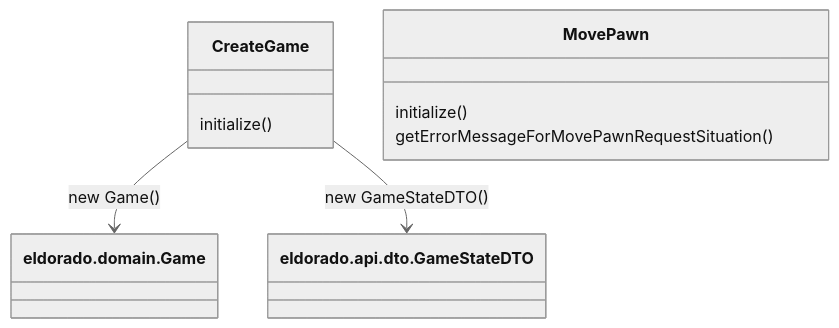
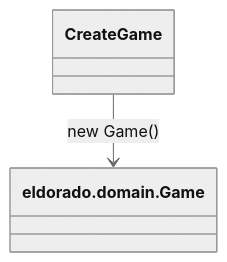
One commit to stijnlinderman/eldorado changed the fifth of 7 diagrams in ARCHITECTURE.md. Above: the diagram before and after it, drawn with Mermaid (neutral theme).

````diff
--- a/ARCHITECTURE.md
+++ b/ARCHITECTURE.md
@@ -64,9 +64,4 @@
 ```mermaid
 classDiagram
 	CreateGame --> eldorado.domain.Game : new Game()
-	CreateGame --> eldorado.api.dto.GameStateDTO : new GameStateDTO()
-	CreateGame : initialize()
-	class MovePawn
-	MovePawn : initialize()
-	MovePawn : getErrorMessageForMovePawnRequestSituation()
 ```
````
